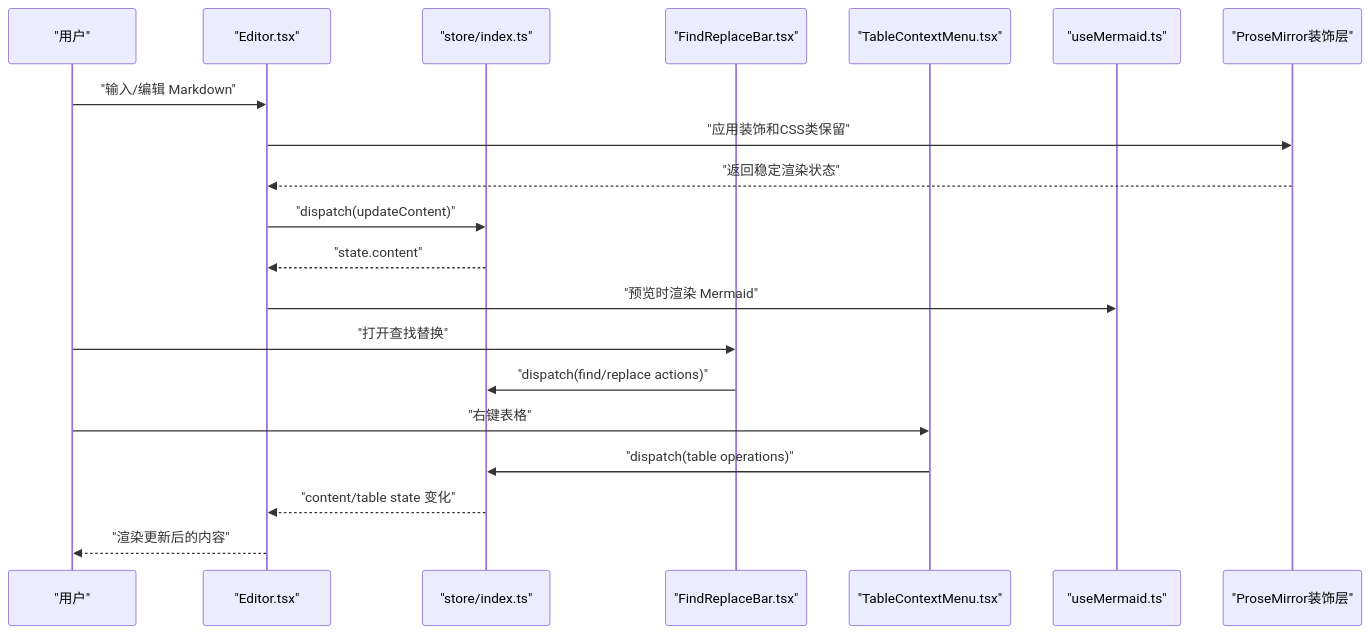
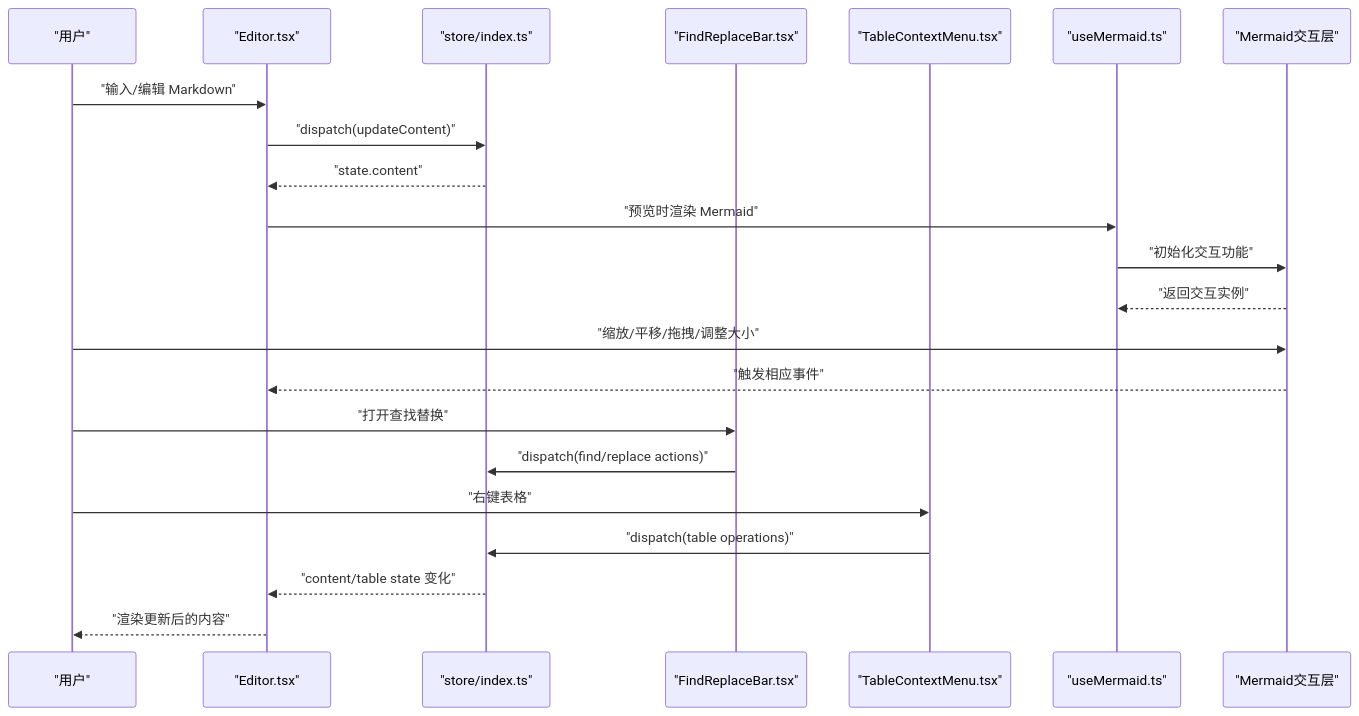
One commit to gongshiyun/ZenNote changed the second of 7 diagrams in .qoder/repowiki/zh/content/核心组件/编辑器组件.md. Above: the diagram before and after it, drawn with Mermaid. The commit also changed other lines of this file and 3 other files, not shown here.

````diff
--- a/.qoder/repowiki/zh/content/核心组件/编辑器组件.md
+++ b/.qoder/repowiki/zh/content/核心组件/编辑器组件.md
@@ -123,22 +121,24 @@
 ```mermaid
 sequenceDiagram
 participant U as "用户"
 participant E as "Editor.tsx"
 participant S as "store/index.ts"
 participant F as "FindReplaceBar.tsx"
 participant T as "TableContextMenu.tsx"
 participant M as "useMermaid.ts"
-participant PM as "ProseMirror装饰层"
+participant I as "Mermaid交互层"
 U->>E : "输入/编辑 Markdown"
-E->>PM : "应用装饰和CSS类保留"
-PM-->>E : "返回稳定渲染状态"
 E->>S : "dispatch(updateContent)"
 S-->>E : "state.content"
 E->>M : "预览时渲染 Mermaid"
+M->>I : "初始化交互功能"
+I-->>M : "返回交互实例"
+U->>I : "缩放/平移/拖拽/调整大小"
+I-->>E : "触发相应事件"
 U->>F : "打开查找替换"
 F->>S : "dispatch(find/replace actions)"
 U->>T : "右键表格"
 T->>S : "dispatch(table operations)"
 S-->>E : "content/table state 变化"
 E-->>U : "渲染更新后的内容"
 ```
````
